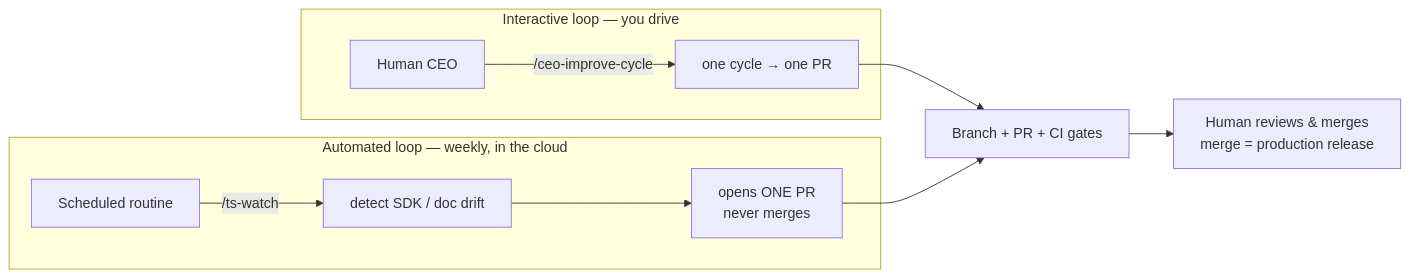
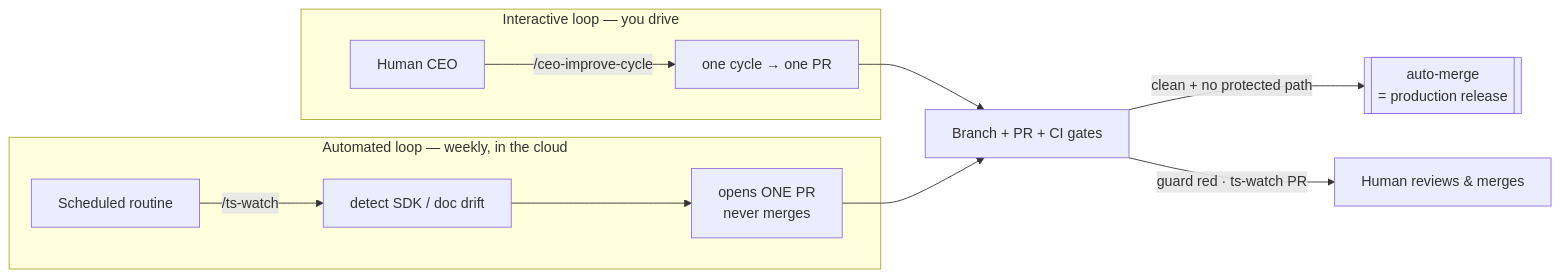
The second of 2 diagrams in README.md (BibekTS/Vantage-Sales-Analytics), drawn with Mermaid before and after one commit. The commit also changed other lines of this file and 7 other files, not shown here.

First line of the commit message:
Review fixes: gate serialization, records-conflict handling, discover-fix precondition, README merge policy (+M8)

````diff
--- a/README.md
+++ b/README.md
@@ -327,13 +327,14 @@
 ```mermaid
 flowchart LR
     subgraph L1["Interactive loop — you drive"]
         U["Human CEO"] -->|"/ceo-improve-cycle"| CY["one cycle → one PR"]
     end
     subgraph L2["Automated loop — weekly, in the cloud"]
         CRON["Scheduled routine"] -->|"/ts-watch"| DRIFT["detect SDK / doc drift"]
         DRIFT --> PR2["opens ONE PR<br/>never merges"]
     end
     CY --> GATE["Branch + PR + CI gates"]
     PR2 --> GATE
-    GATE --> HUM["Human reviews & merges<br/>merge = production release"]
+    GATE -->|"clean + no protected path"| AUTO[["auto-merge<br/>= production release"]]
+    GATE -->|"guard red · ts-watch PR"| HUM["Human reviews & merges"]
 ```
````
